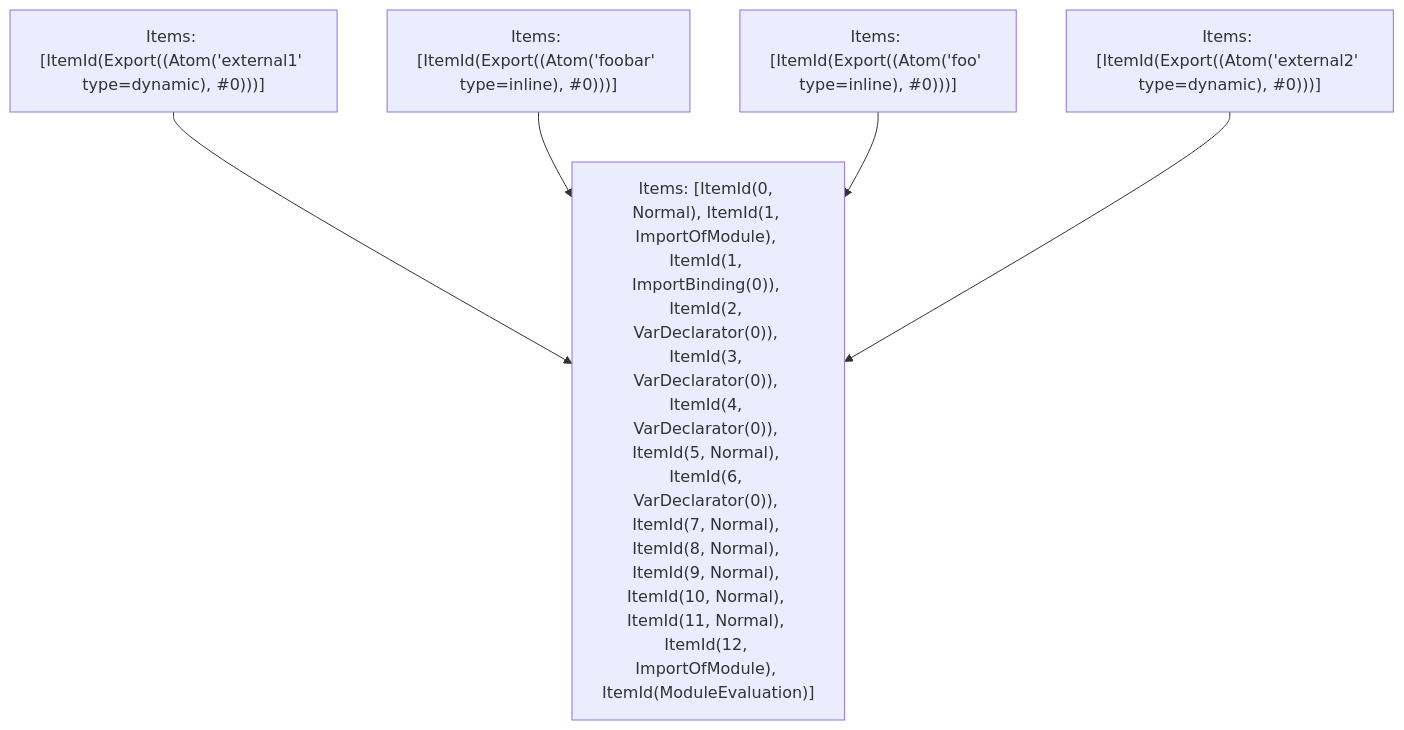
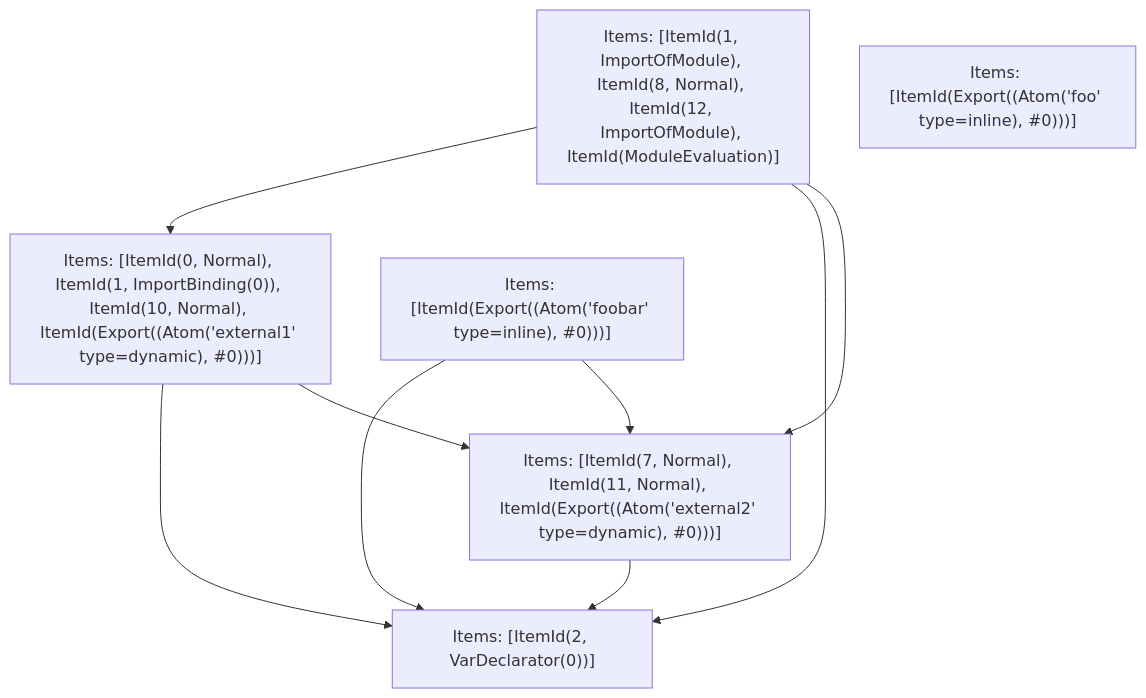
The fifth of 5 diagrams in crates/turbopack-ecmascript/tests/tree-shaker/analyzer/2/output.md (vercel/turborepo), drawn with Mermaid before and after one commit. The commit also changed other lines of this file and 3 other files, not shown here.

````diff
--- a/crates/turbopack-ecmascript/tests/tree-shaker/analyzer/2/output.md
+++ b/crates/turbopack-ecmascript/tests/tree-shaker/analyzer/2/output.md
@@ -370,12 +359,17 @@
 ```mermaid
 graph TD
-    N0["Items: [ItemId(0, Normal), ItemId(1, ImportOfModule), ItemId(1, ImportBinding(0)), ItemId(2, VarDeclarator(0)), ItemId(3, VarDeclarator(0)), ItemId(4, VarDeclarator(0)), ItemId(5, Normal), ItemId(6, VarDeclarator(0)), ItemId(7, Normal), ItemId(8, Normal), ItemId(9, Normal), ItemId(10, Normal), ItemId(11, Normal), ItemId(12, ImportOfModule), ItemId(ModuleEvaluation)]"];
-    N1["Items: [ItemId(Export((Atom('external1' type=dynamic), #0)))]"];
+    N0["Items: [ItemId(1, ImportOfModule), ItemId(8, Normal), ItemId(12, ImportOfModule), ItemId(ModuleEvaluation)]"];
+    N1["Items: [ItemId(0, Normal), ItemId(1, ImportBinding(0)), ItemId(10, Normal), ItemId(Export((Atom('external1' type=dynamic), #0)))]"];
     N2["Items: [ItemId(Export((Atom('foobar' type=inline), #0)))]"];
     N3["Items: [ItemId(Export((Atom('foo' type=inline), #0)))]"];
-    N4["Items: [ItemId(Export((Atom('external2' type=dynamic), #0)))]"];
-    N1 --> N0;
-    N2 --> N0;
-    N3 --> N0;
-    N4 --> N0;
+    N4["Items: [ItemId(7, Normal), ItemId(11, Normal), ItemId(Export((Atom('external2' type=dynamic), #0)))]"];
+    N5["Items: [ItemId(2, VarDeclarator(0))]"];
+    N0 --> N1;
+    N0 --> N5;
+    N0 --> N4;
+    N1 --> N5;
+    N1 --> N4;
+    N2 --> N5;
+    N2 --> N4;
+    N4 --> N5;
 ```
````
